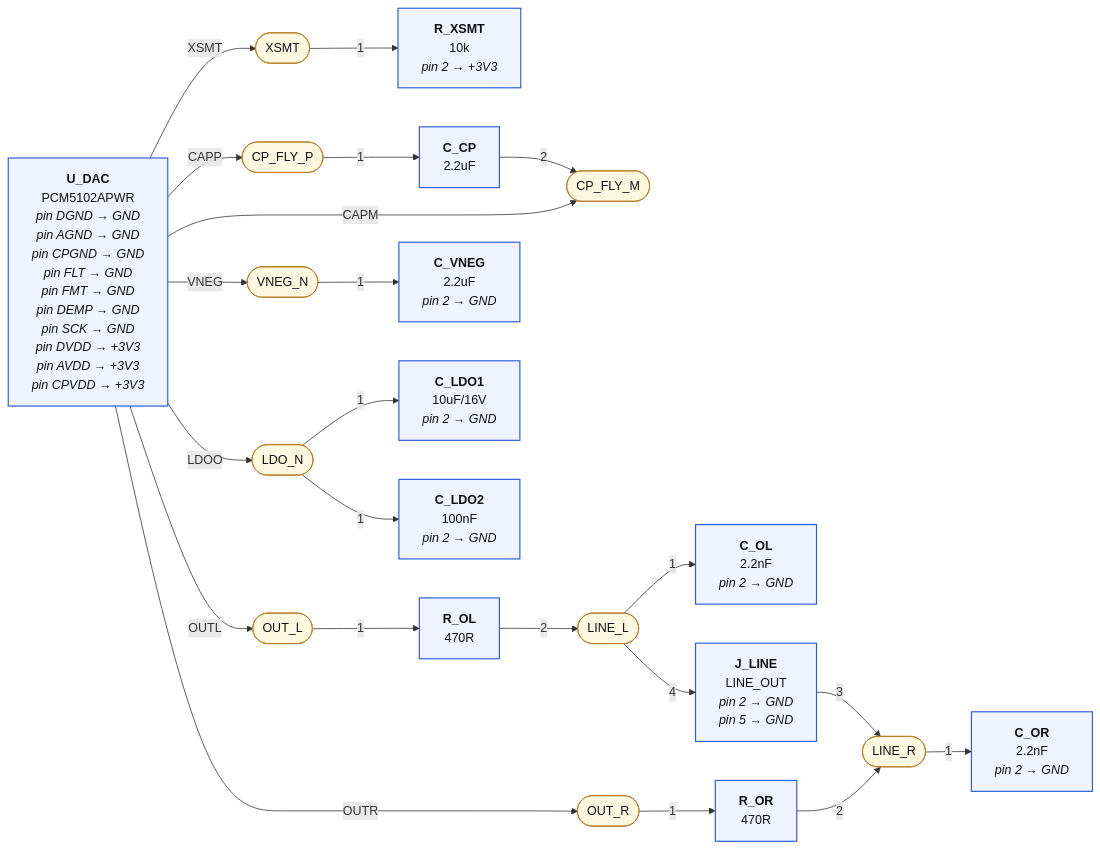
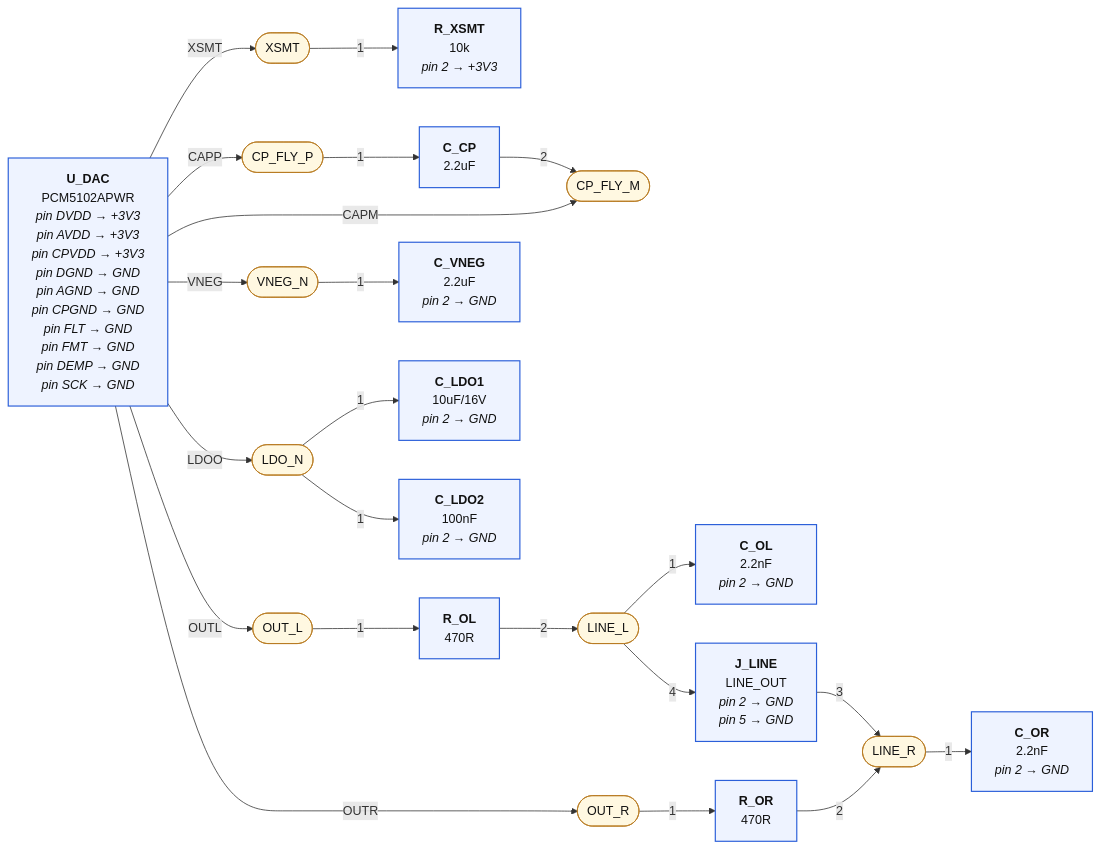
The second of 4 diagrams in hardware/pro/sheets/04-audio.diagram.md (mrwillson2u/propmesh), drawn with Mermaid before and after one commit. The commit also changed other lines of this file and 44 other files, not shown here.

````diff
--- a/hardware/pro/sheets/04-audio.diagram.md
+++ b/hardware/pro/sheets/04-audio.diagram.md
@@ -65,51 +65,51 @@
 ```mermaid
 graph LR
   classDef part fill:#eef3ff,stroke:#2b5fd9,stroke-width:1.5px,color:#111
   classDef net fill:#fff8e1,stroke:#b7791f,color:#111
   classDef rail fill:#ffe0b2,stroke:#e65100,stroke-width:3px,color:#111,font-weight:bold
   classDef badnet fill:#ffe0e0,stroke:#c00,stroke-width:3px,color:#111,font-weight:bold
   classDef absent fill:#fff,stroke:#c00,stroke-width:2px,stroke-dasharray:6 4,color:#c00
   classDef extra fill:#ffecec,stroke:#c00,stroke-width:2px,color:#111
   classDef dnp fill:#f5f5f5,stroke:#999,stroke-dasharray:3 3,color:#666
   N_XSMT(["XSMT"]):::net
-  P_U_DAC["<b>U_DAC</b><br/>PCM5102APWR<br/><i>pin DGND → GND</i><br/><i>pin AGND → GND</i><br/><i>pin CPGND → GND</i><br/><i>pin FLT → GND</i><br/><i>pin FMT → GND</i><br/><i>pin DEMP → GND</i><br/><i>pin SCK → GND</i><br/><i>pin DVDD → +3V3</i><br/><i>pin AVDD → +3V3</i><br/><i>pin CPVDD → +3V3</i>"]:::part
+  P_U_DAC["<b>U_DAC</b><br/>PCM5102APWR<br/><i>pin DVDD → +3V3</i><br/><i>pin AVDD → +3V3</i><br/><i>pin CPVDD → +3V3</i><br/><i>pin DGND → GND</i><br/><i>pin AGND → GND</i><br/><i>pin CPGND → GND</i><br/><i>pin FLT → GND</i><br/><i>pin FMT → GND</i><br/><i>pin DEMP → GND</i><br/><i>pin SCK → GND</i>"]:::part
   P_U_DAC --"XSMT"--> N_XSMT
   P_R_XSMT["<b>R_XSMT</b><br/>10k<br/><i>pin 2 → +3V3</i>"]:::part
   N_XSMT --"1"--> P_R_XSMT
   N_CP_FLY_P(["CP_FLY_P"]):::net
   P_U_DAC --"CAPP"--> N_CP_FLY_P
   P_C_CP["<b>C_CP</b><br/>2.2uF"]:::part
   N_CP_FLY_P --"1"--> P_C_CP
   N_CP_FLY_M(["CP_FLY_M"]):::net
   P_U_DAC --"CAPM"--> N_CP_FLY_M
   P_C_CP --"2"--> N_CP_FLY_M
   N_VNEG_N(["VNEG_N"]):::net
   P_U_DAC --"VNEG"--> N_VNEG_N
   P_C_VNEG["<b>C_VNEG</b><br/>2.2uF<br/><i>pin 2 → GND</i>"]:::part
   N_VNEG_N --"1"--> P_C_VNEG
   N_LDO_N(["LDO_N"]):::net
   P_U_DAC --"LDOO"--> N_LDO_N
   P_C_LDO1["<b>C_LDO1</b><br/>10uF/16V<br/><i>pin 2 → GND</i>"]:::part
   N_LDO_N --"1"--> P_C_LDO1
   P_C_LDO2["<b>C_LDO2</b><br/>100nF<br/><i>pin 2 → GND</i>"]:::part
   N_LDO_N --"1"--> P_C_LDO2
   N_OUT_L(["OUT_L"]):::net
   P_U_DAC --"OUTL"--> N_OUT_L
   P_R_OL["<b>R_OL</b><br/>470R"]:::part
   N_OUT_L --"1"--> P_R_OL
   N_LINE_L(["LINE_L"]):::net
   P_R_OL --"2"--> N_LINE_L
   P_C_OL["<b>C_OL</b><br/>2.2nF<br/><i>pin 2 → GND</i>"]:::part
   N_LINE_L --"1"--> P_C_OL
   P_J_LINE["<b>J_LINE</b><br/>LINE_OUT<br/><i>pin 2 → GND</i><br/><i>pin 5 → GND</i>"]:::part
   N_LINE_L --"4"--> P_J_LINE
   N_OUT_R(["OUT_R"]):::net
   P_U_DAC --"OUTR"--> N_OUT_R
   P_R_OR["<b>R_OR</b><br/>470R"]:::part
   N_OUT_R --"1"--> P_R_OR
   N_LINE_R(["LINE_R"]):::net
   P_R_OR --"2"--> N_LINE_R
   P_C_OR["<b>C_OR</b><br/>2.2nF<br/><i>pin 2 → GND</i>"]:::part
   N_LINE_R --"1"--> P_C_OR
   P_J_LINE --"3"--> N_LINE_R
 ```
````
